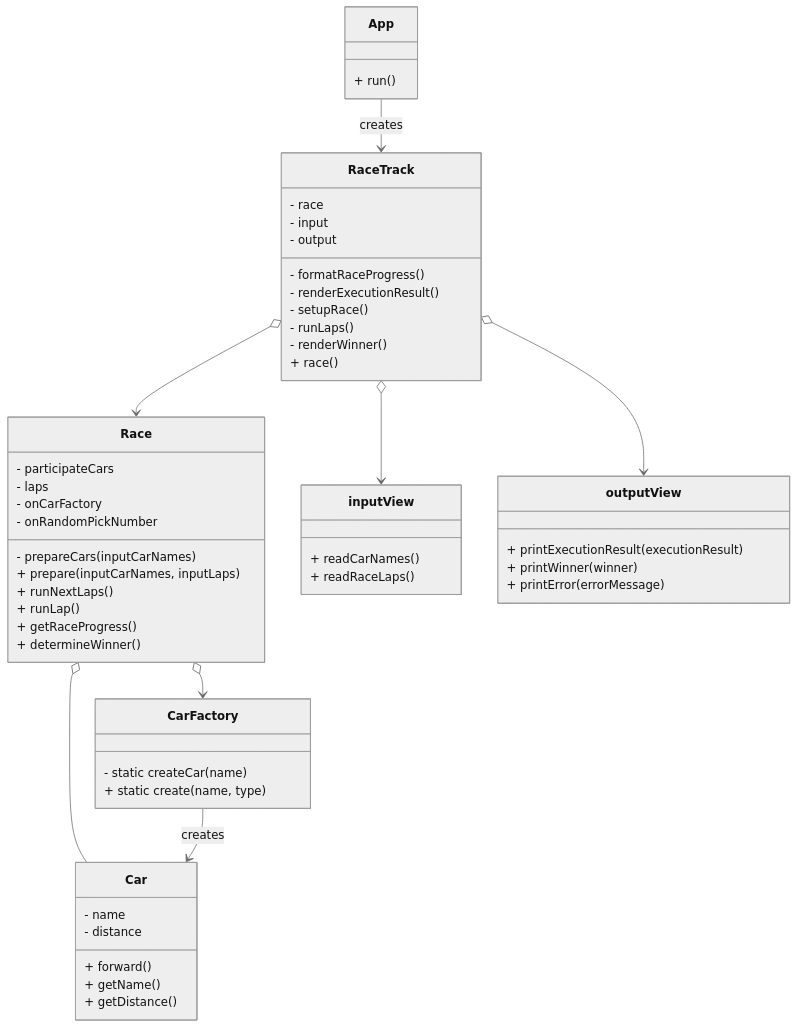
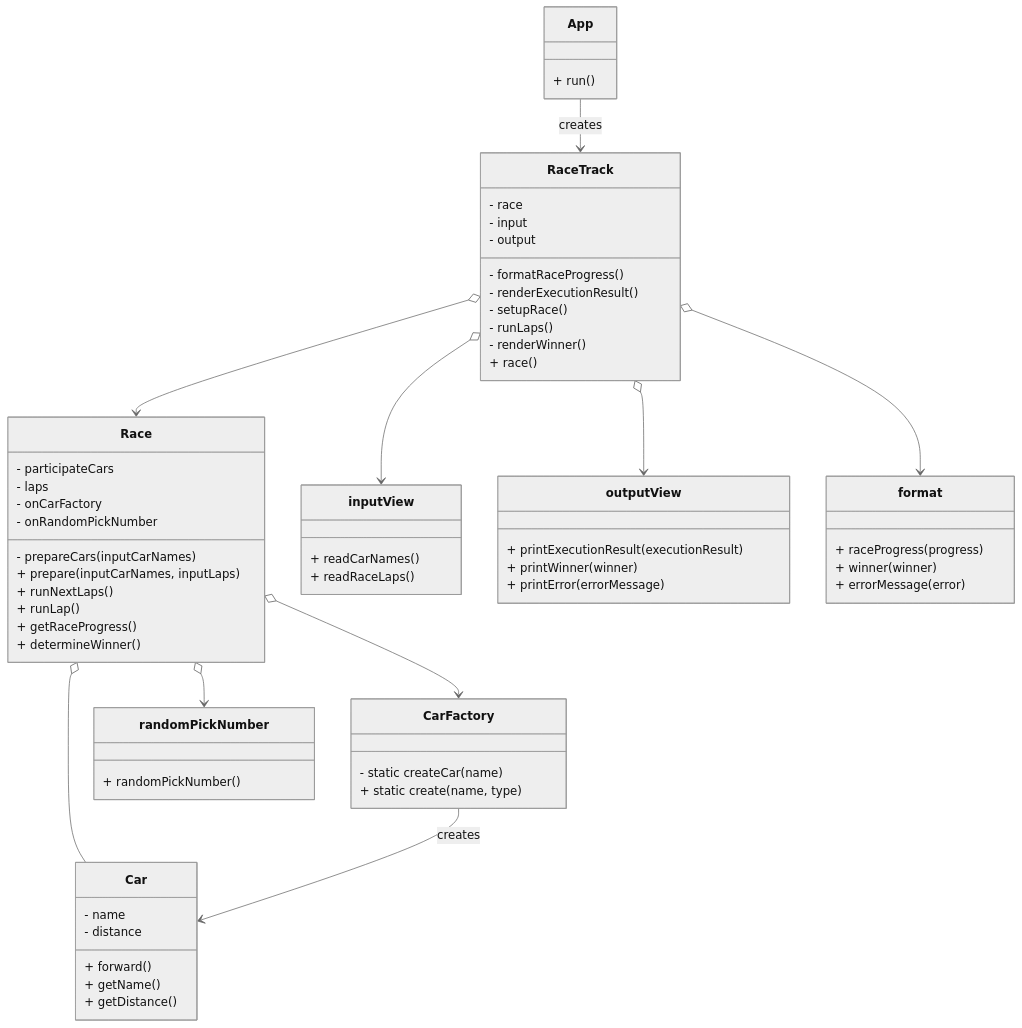
One commit to HareuBang/javascript-racingcar-8 changed the diagram in README.md. Above: the diagram before and after it, drawn with Mermaid (neutral theme). The commit also changed other lines of this file and 3 other files, not shown here.

````diff
--- a/README.md
+++ b/README.md
@@ -89,56 +90,66 @@
 ```mermaid
 classDiagram
 class App {
     + run()
 }
 class RaceTrack {
   - race
   - input
   - output
   - formatRaceProgress()
   - renderExecutionResult()
   - setupRace()
   - runLaps()
   - renderWinner()
   + race()
 }
 class Race {
   - participateCars
   - laps
   - onCarFactory
   - onRandomPickNumber
   - prepareCars(inputCarNames)
   + prepare(inputCarNames, inputLaps)
   + runNextLaps()
   + runLap()
   + getRaceProgress()
   + determineWinner()
 }
 class CarFactory {
   - static createCar(name)
   + static create(name, type)
 }
 class Car {
   - name
   - distance
   + forward()
   + getName()
   + getDistance()
 }
 class inputView {
   + readCarNames()
   + readRaceLaps()
 }
 class outputView {
   + printExecutionResult(executionResult)
   + printWinner(winner)
   + printError(errorMessage)
 }
+class format {
+  + raceProgress(progress)
+  + winner(winner)
+  + errorMessage(error)
+}
+class randomPickNumber{
+  + randomPickNumber()
+}
 App --> RaceTrack : creates
 RaceTrack o--> Race
 RaceTrack o--> inputView
 RaceTrack o--> outputView
+RaceTrack o--> format
 Race o--> CarFactory
 Race o-- Car
+Race o--> randomPickNumber
 CarFactory --> Car : creates
 ```
````
